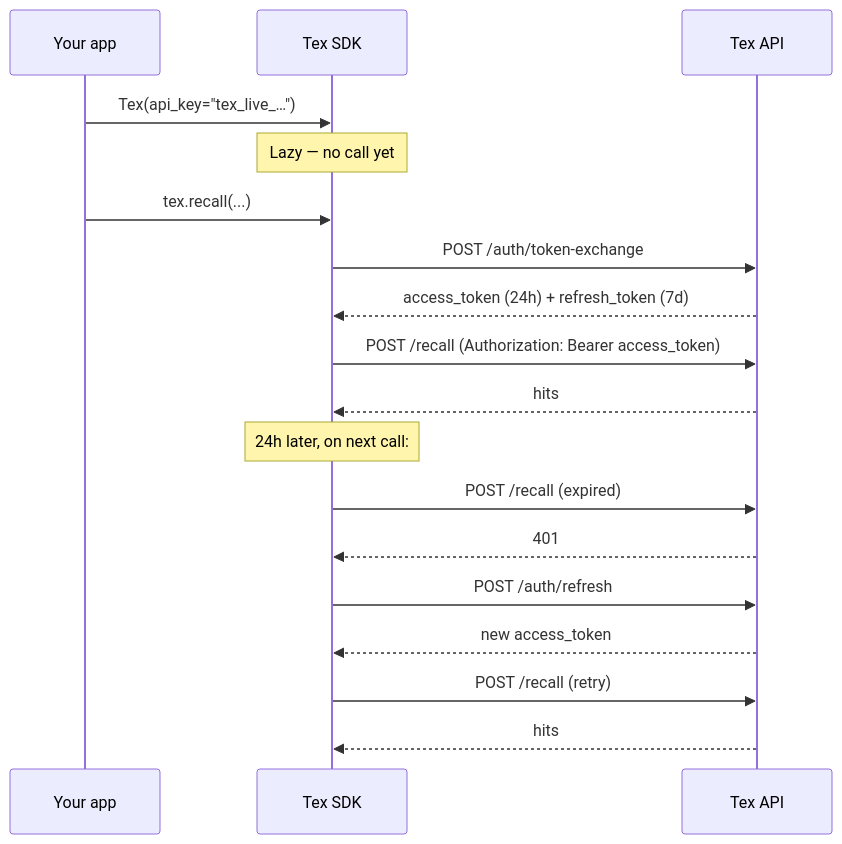
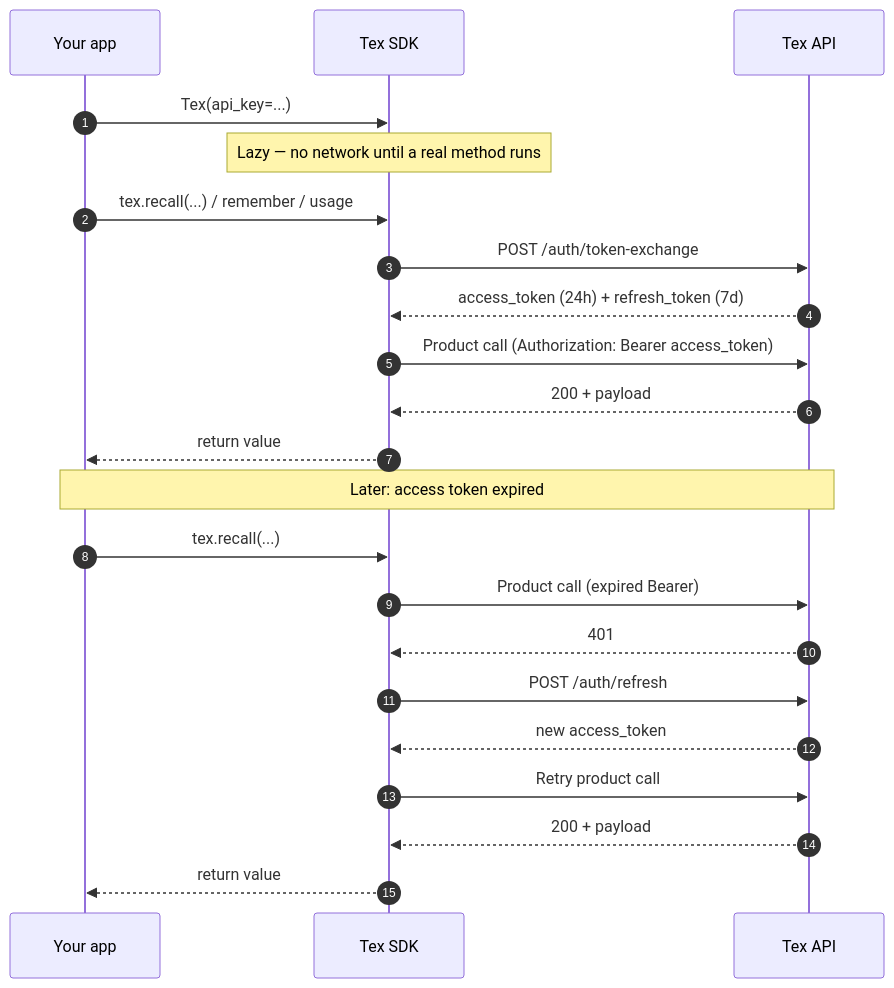
One commit to metacoglabs/docs changed the diagram in authentication.mdx. Above: the diagram before and after it, drawn with Mermaid. The commit also changed other lines of this file and 38 other files, not shown here.

First line of the commit message:
docs: Mintlify nav, humanized copy, and fixed flow visuals

````diff
--- a/authentication.mdx
+++ b/authentication.mdx
@@ -10,22 +19,26 @@
 ```mermaid
 sequenceDiagram
-    participant App as Your app
-    participant SDK as Tex SDK
-    participant API as Tex API
+  autonumber
+  participant App as Your app
+  participant SDK as Tex SDK
+  participant API as Tex API
 
-    App->>SDK: Tex(api_key="tex_live_…")
-    Note over SDK: Lazy — no call yet
-    App->>SDK: tex.recall(...)
-    SDK->>API: POST /auth/token-exchange
-    API-->>SDK: access_token (24h) + refresh_token (7d)
-    SDK->>API: POST /recall (Authorization: Bearer access_token)
-    API-->>SDK: hits
+  App->>SDK: Tex(api_key=...)
+  note over SDK: Lazy — no network until a real method runs
+  App->>SDK: tex.recall(...) / remember / usage
+  SDK->>API: POST /auth/token-exchange
+  API-->>SDK: access_token (24h) + refresh_token (7d)
+  SDK->>API: Product call (Authorization: Bearer access_token)
+  API-->>SDK: 200 + payload
+  SDK-->>App: return value
 
-    Note over SDK: 24h later, on next call:
-    SDK->>API: POST /recall (expired)
-    API-->>SDK: 401
-    SDK->>API: POST /auth/refresh
-    API-->>SDK: new access_token
-    SDK->>API: POST /recall (retry)
-    API-->>SDK: hits
+  note over App,API: Later: access token expired
+  App->>SDK: tex.recall(...)
+  SDK->>API: Product call (expired Bearer)
+  API-->>SDK: 401
+  SDK->>API: POST /auth/refresh
+  API-->>SDK: new access_token
+  SDK->>API: Retry product call
+  API-->>SDK: 200 + payload
+  SDK-->>App: return value
 ```
````
